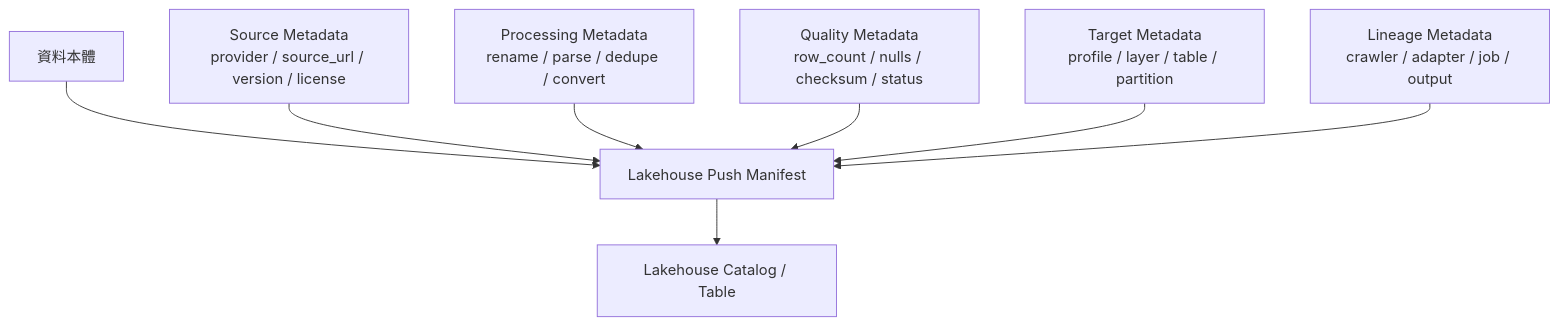
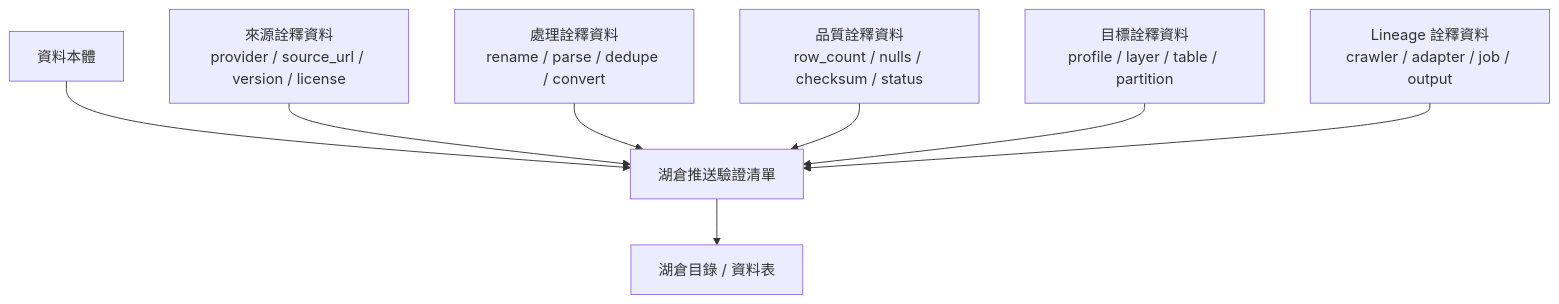
Before and after one commit to YanAnnLu/APIkeys_collection: the fourth of 6 diagrams in docs/DATA_ASSET_PLATFORM_CONCEPTS.zh-TW.md, drawn with Mermaid. The commit also changed other lines of this file and 17 other files, not shown here.

````diff
--- a/docs/DATA_ASSET_PLATFORM_CONCEPTS.zh-TW.md
+++ b/docs/DATA_ASSET_PLATFORM_CONCEPTS.zh-TW.md
@@ -379,10 +379,10 @@
 ```mermaid
 flowchart TB
-    Data[資料本體] --> Push[Lakehouse Push Manifest]
-    Source[Source Metadata<br/>provider / source_url / version / license] --> Push
-    Processing[Processing Metadata<br/>rename / parse / dedupe / convert] --> Push
-    Quality[Quality Metadata<br/>row_count / nulls / checksum / status] --> Push
-    Target[Target Metadata<br/>profile / layer / table / partition] --> Push
-    Lineage[Lineage Metadata<br/>crawler / adapter / job / output] --> Push
-    Push --> Lake[Lakehouse Catalog / Table]
+    Data[資料本體] --> Push[湖倉推送驗證清單]
+    Source[來源詮釋資料<br/>provider / source_url / version / license] --> Push
+    Processing[處理詮釋資料<br/>rename / parse / dedupe / convert] --> Push
+    Quality[品質詮釋資料<br/>row_count / nulls / checksum / status] --> Push
+    Target[目標詮釋資料<br/>profile / layer / table / partition] --> Push
+    Lineage[Lineage 詮釋資料<br/>crawler / adapter / job / output] --> Push
+    Push --> Lake[湖倉目錄 / 資料表]
 ```
````
